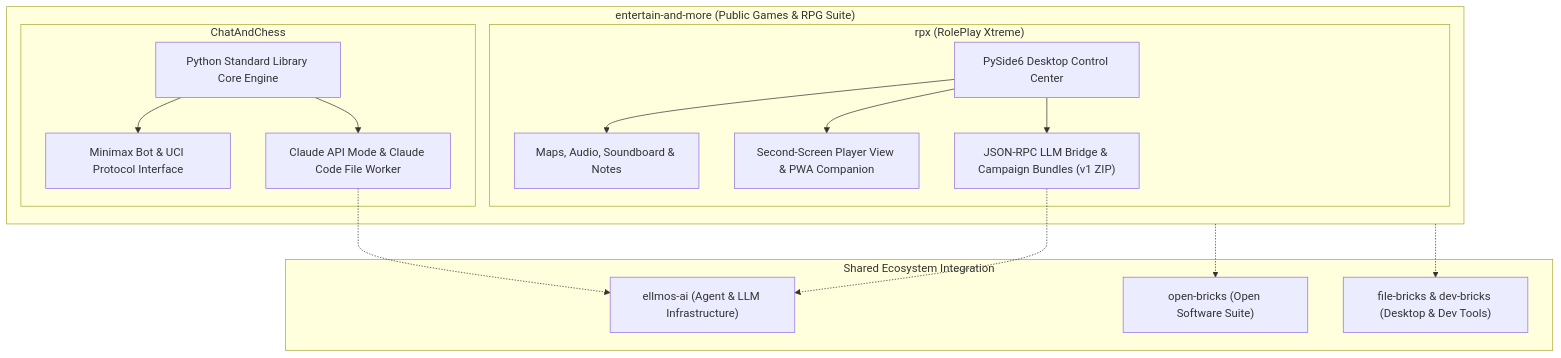
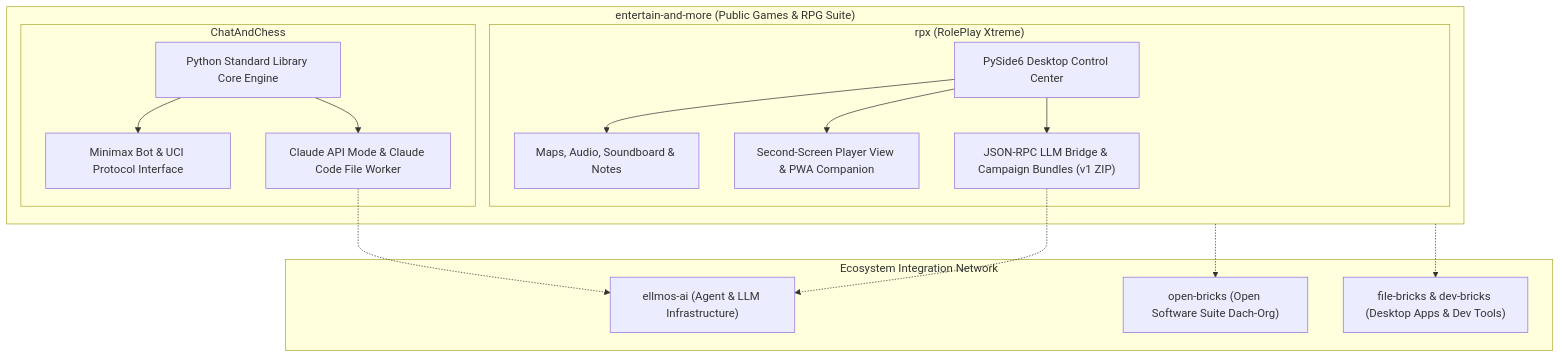
One commit to entertain-and-more/.github changed the diagram in profile/README.md. Above: the diagram before and after it, drawn with Mermaid. The commit also changed other lines of this file and 3 other files, not shown here.

````diff
--- a/profile/README.md
+++ b/profile/README.md
@@ -32,33 +37,33 @@
 ```mermaid
 graph TD
     subgraph Org ["entertain-and-more (Public Games & RPG Suite)"]
         subgraph CC ["ChatAndChess"]
             CC_Core["Python Standard Library Core Engine"]
             CC_Bot["Minimax Bot & UCI Protocol Interface"]
             CC_AI["Claude API Mode & Claude Code File Worker"]
             CC_Core --> CC_Bot
             CC_Core --> CC_AI
         end
 
         subgraph RPX ["rpx (RolePlay Xtreme)"]
             RPX_GUI["PySide6 Desktop Control Center"]
             RPX_Tools["Maps, Audio, Soundboard & Notes"]
             RPX_View["Second-Screen Player View & PWA Companion"]
             RPX_RPC["JSON-RPC LLM Bridge & Campaign Bundles (v1 ZIP)"]
             RPX_GUI --> RPX_Tools
             RPX_GUI --> RPX_View
             RPX_GUI --> RPX_RPC
         end
     end
 
-    subgraph Eco ["Shared Ecosystem Integration"]
+    subgraph Eco ["Ecosystem Integration Network"]
         ELLMOS["ellmos-ai (Agent & LLM Infrastructure)"]
-        OPEN["open-bricks (Open Software Suite)"]
-        DESK["file-bricks & dev-bricks (Desktop & Dev Tools)"]
+        OPEN["open-bricks (Open Software Suite Dach-Org)"]
+        DESK["file-bricks & dev-bricks (Desktop Apps & Dev Tools)"]
     end
 
     CC_AI -.-> ELLMOS
     RPX_RPC -.-> ELLMOS
     Org -.-> OPEN
     Org -.-> DESK
 ```
````
